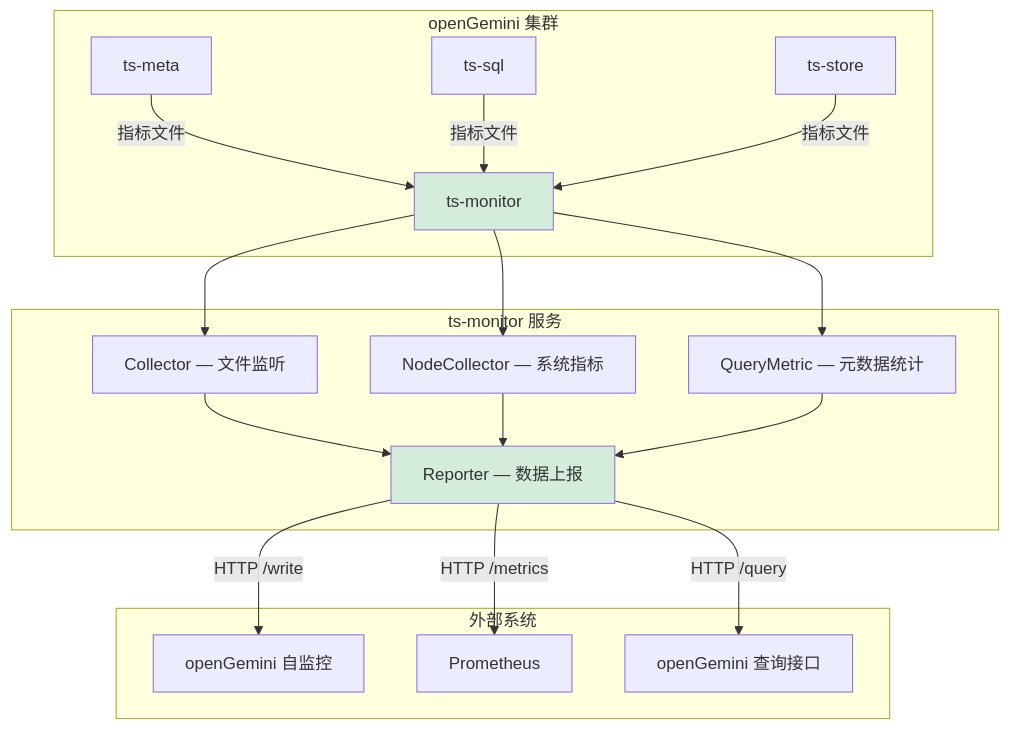
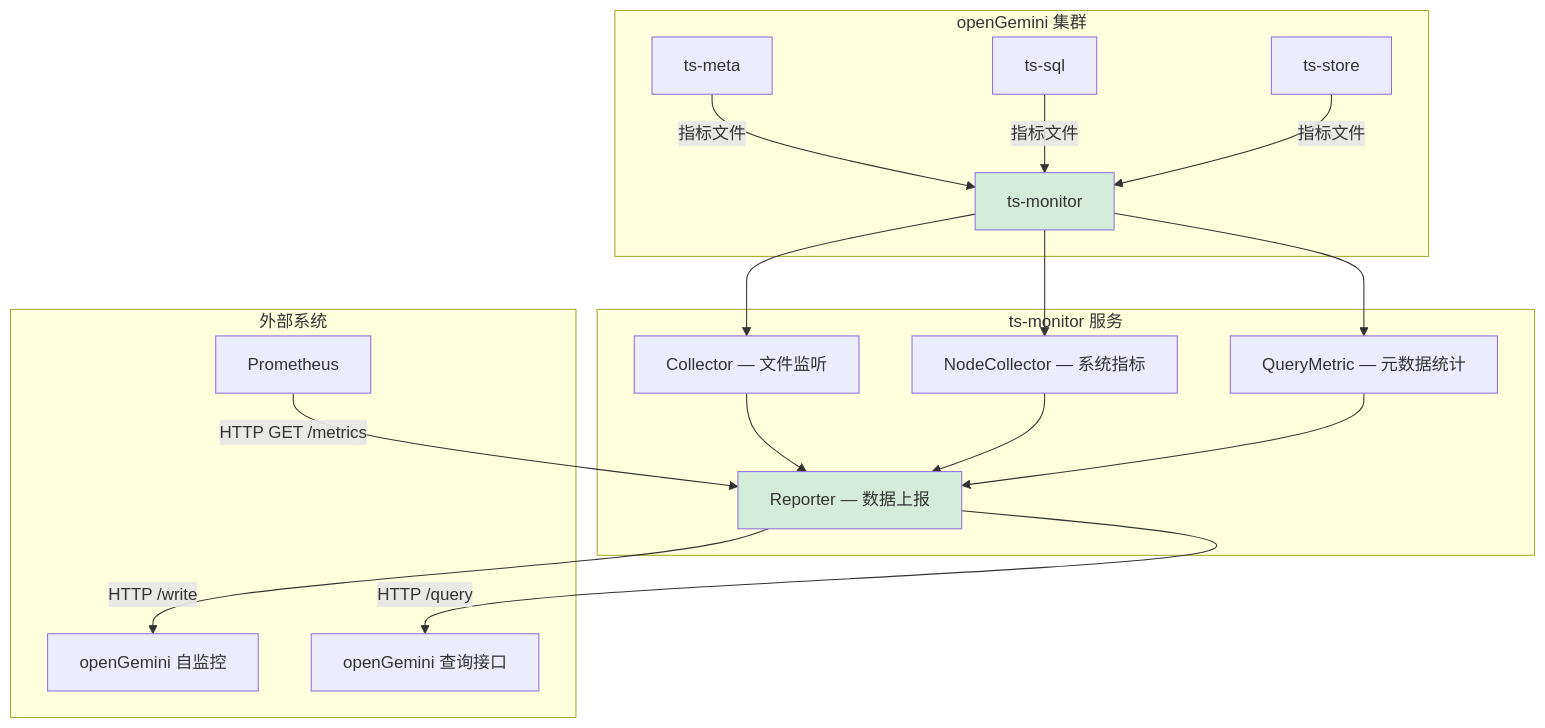
Before and after one commit to stefanv5/openGemini: the first of 7 diagrams in docs/specs/34_monitoring_spec.md, drawn with Mermaid. The commit also changed other lines of this file and 37 other files, not shown here.

````diff
--- a/docs/specs/34_monitoring_spec.md
+++ b/docs/specs/34_monitoring_spec.md
@@ -9,26 +11,26 @@
 ```mermaid
 graph TD
     subgraph "openGemini 集群"
         A[ts-meta] -->|指标文件| D[ts-monitor]
         B[ts-sql] -->|指标文件| D
         C[ts-store] -->|指标文件| D
     end
 
     subgraph "ts-monitor 服务"
         D --> E[Collector — 文件监听]
         D --> F[NodeCollector — 系统指标]
         D --> G[QueryMetric — 元数据统计]
         E --> H[Reporter — 数据上报]
         F --> H
         G --> H
     end
 
     subgraph "外部系统"
         H -->|HTTP /write| I[openGemini 自监控]
-        H -->|HTTP /metrics| J[Prometheus]
+        J[Prometheus] -->|"HTTP GET /metrics"| H
         H -->|HTTP /query| K[openGemini 查询接口]
     end
 
     style D fill:#d4edda
     style H fill:#d4edda
 ```
````
